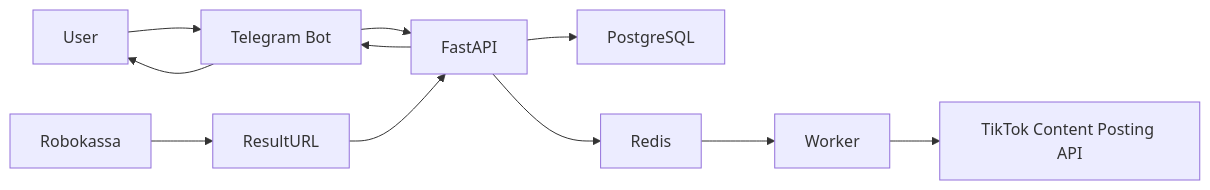
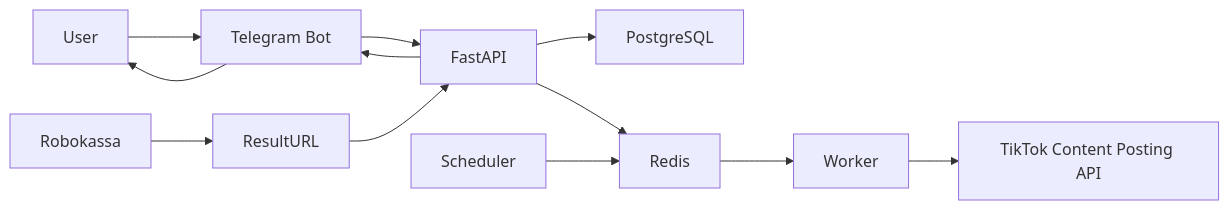
One commit to kredavto/Tik-Tok-bot-Rus-2 changed the diagram in docs/component-map.md. Above: the diagram before and after it, drawn with Mermaid. The commit also changed other lines of this file and 34 other files, not shown here.

````diff
--- a/docs/component-map.md
+++ b/docs/component-map.md
@@ -20,13 +21,14 @@
 ```mermaid
 flowchart LR
     User["User"] --> Bot["Telegram Bot"]
     Bot --> API["FastAPI"]
     API --> DB["PostgreSQL"]
     API --> Redis["Redis"]
+    Scheduler["Scheduler"] --> Redis
     Redis --> Worker["Worker"]
     Worker --> TikTok["TikTok Content Posting API"]
     Robokassa["Robokassa"] --> ResultURL["ResultURL"]
     ResultURL --> API
     API --> Bot
     Bot --> User
 ```
````
